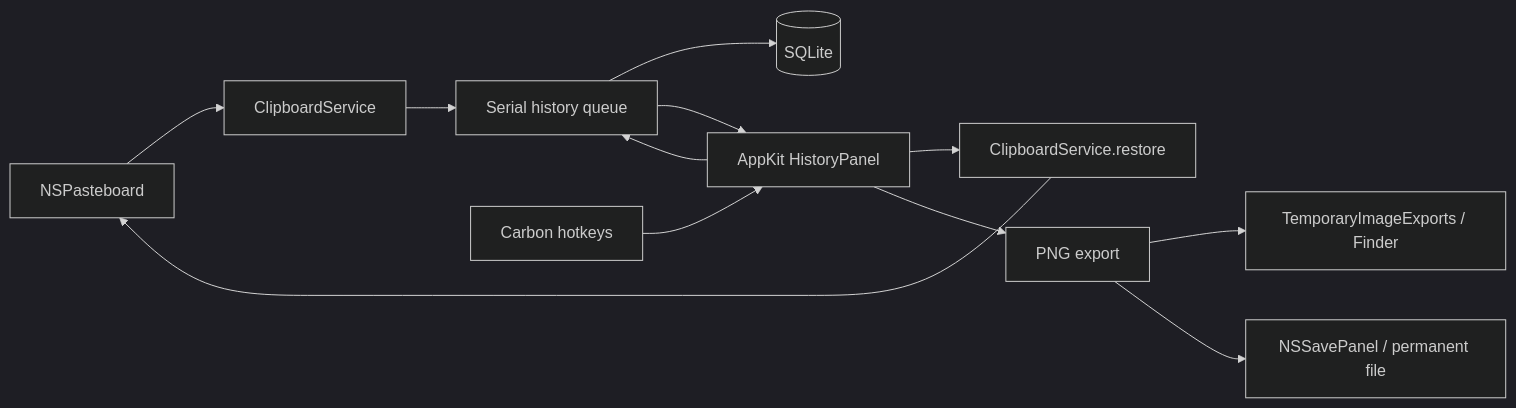
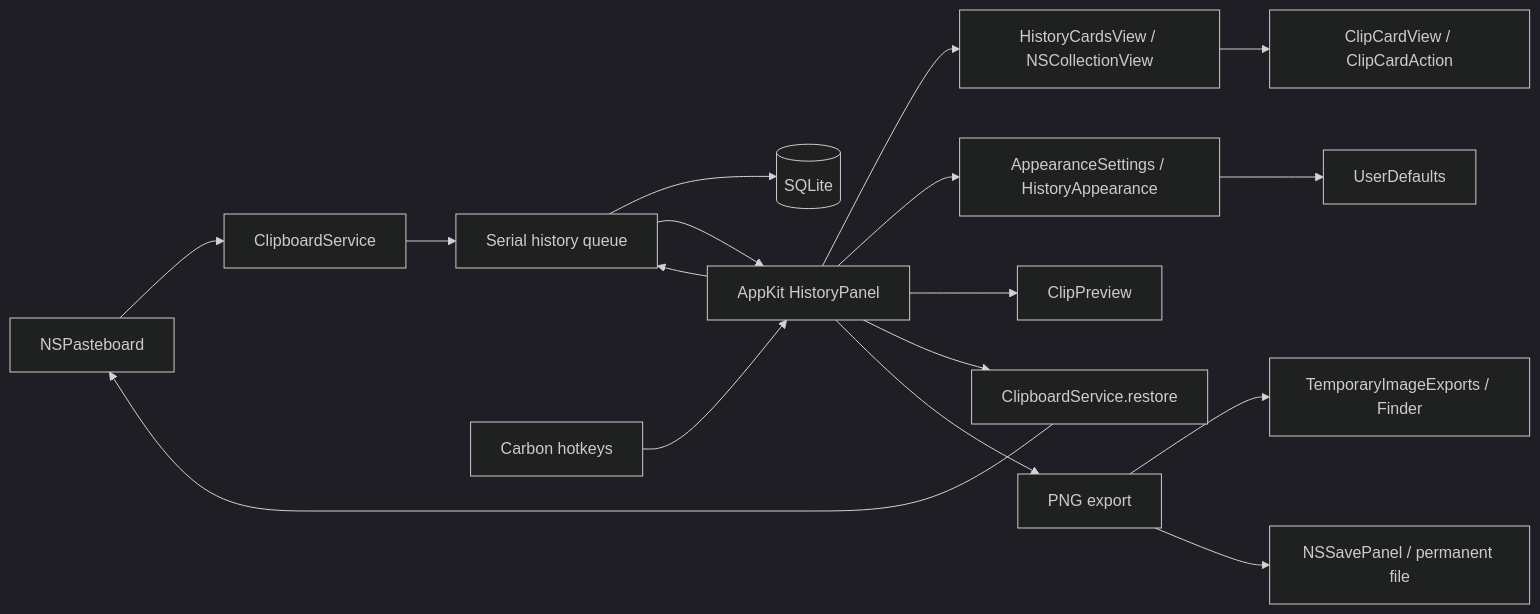
Before and after one commit to dqunbp/buffera: the diagram in docs/architecture.md, drawn with Mermaid (dark theme). The commit also changed other lines of this file and 19 other files, not shown here.

Commit message:
feat: add favorites, card previews and configurable history layouts

````diff
--- a/docs/architecture.md
+++ b/docs/architecture.md
@@ -3,14 +3,19 @@
 ```mermaid
 flowchart LR
   PB[NSPasteboard] --> Capture[ClipboardService]
   Capture --> Queue[Serial history queue]
   Queue --> DB[(SQLite)]
   Keys[Carbon hotkeys] --> UI[AppKit HistoryPanel]
   UI --> Queue
   Queue --> UI
+  UI --> Layout[HistoryCardsView / NSCollectionView]
+  Layout --> Cards[ClipCardView / ClipCardAction]
+  UI --> Appearance[AppearanceSettings / HistoryAppearance]
+  Appearance --> Defaults[UserDefaults]
+  UI --> Preview[ClipPreview]
   UI --> Restore[ClipboardService.restore]
   Restore --> PB
   UI --> Export[PNG export]
   Export --> Temporary[TemporaryImageExports / Finder]
   Export --> Saved[NSSavePanel / permanent file]
 ```
````
